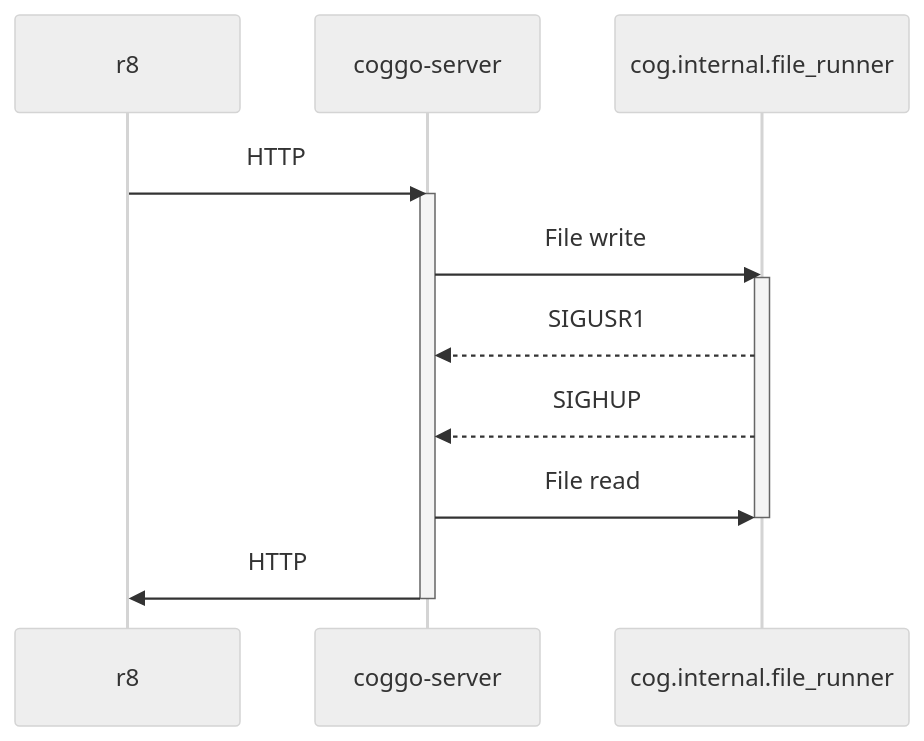
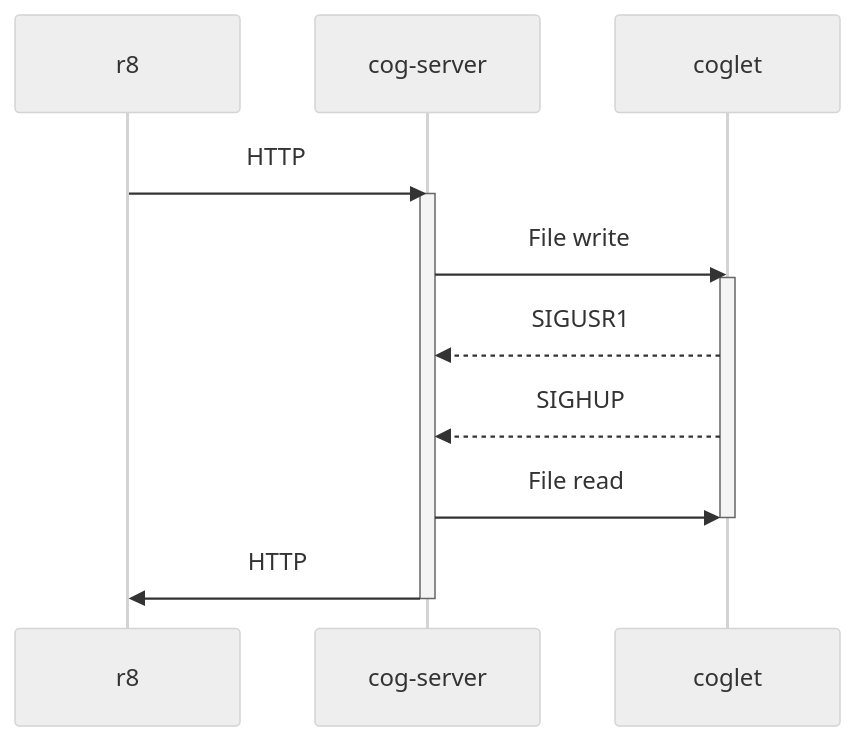
Before and after one commit to replicate/cog-runtime: the diagram in README.md, drawn with Mermaid (neutral theme). The commit also changed other lines of this file and 5 other files, not shown here.

````diff
--- a/README.md
+++ b/README.md
@@ -11,13 +10,13 @@
 ```mermaid
 sequenceDiagram
-    r8->>coggo-server: HTTP
-    activate coggo-server
-    coggo-server->>cog.internal.file_runner: File write
-    activate cog.internal.file_runner
-    cog.internal.file_runner-->>coggo-server: SIGUSR1
-    cog.internal.file_runner-->>coggo-server: SIGHUP
-    coggo-server->>cog.internal.file_runner: File read
-    deactivate cog.internal.file_runner
-    coggo-server->>r8: HTTP
-    deactivate coggo-server
+    r8->>cog-server: HTTP
+    activate cog-server
+    cog-server->>coglet: File write
+    activate coglet
+    coglet-->>cog-server: SIGUSR1
+    coglet-->>cog-server: SIGHUP
+    cog-server->>coglet: File read
+    deactivate coglet
+    cog-server->>r8: HTTP
+    deactivate cog-server
 ```
````
